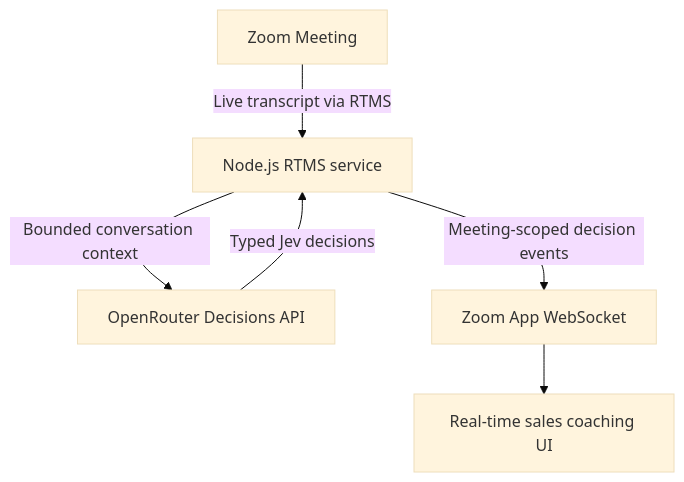
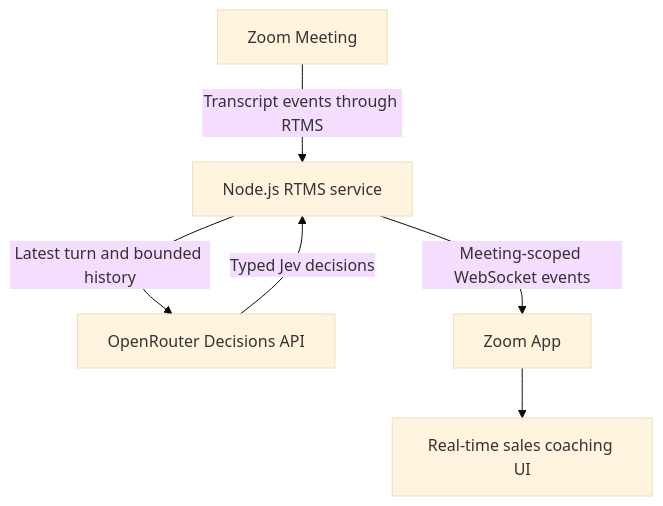
One commit to zoom/blueprints changed the diagram in blueprints/analyze-transcripts-with-jev-for-real-time-coaching/index.md. Above: the diagram before and after it, drawn with Mermaid (base theme). The commit also changed other lines of this file and 1 other file, not shown here.

````diff
--- a/blueprints/analyze-transcripts-with-jev-for-real-time-coaching/index.md
+++ b/blueprints/analyze-transcripts-with-jev-for-real-time-coaching/index.md
@@ -42,8 +46,8 @@
 ```mermaid
 flowchart TB
-    A[Zoom Meeting] -->|Live transcript via RTMS| B[Node.js RTMS service]
-    B -->|Bounded conversation context| C[OpenRouter Decisions API]
+    A[Zoom Meeting] -->|Transcript events through RTMS| B[Node.js RTMS service]
+    B -->|Latest turn and bounded history| C[OpenRouter Decisions API]
     C -->|Typed Jev decisions| B
-    B -->|Meeting-scoped decision events| D[Zoom App WebSocket]
+    B -->|Meeting-scoped WebSocket events| D[Zoom App]
     D --> E[Real-time sales coaching UI]
 ```
````
